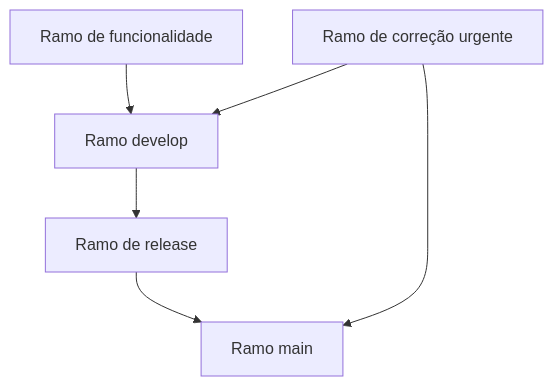
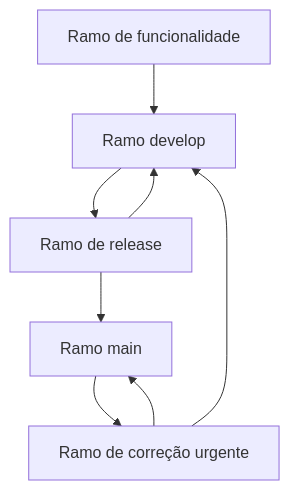
The second of 3 diagrams in cenarios/02-estrategia-branches/README.md (arkhibr/devops-fluxos-c3dm), drawn with Mermaid before and after one commit. The commit also changed other lines of this file and 2 other files, not shown here.

First line of the commit message:
docs(02): corrige o Release Flow e ajusta README, script e testes do ruleset (#2)

````diff
--- a/cenarios/02-estrategia-branches/README.md
+++ b/cenarios/02-estrategia-branches/README.md
@@ -19,8 +19,10 @@
 ```mermaid
 flowchart TB
     F["Ramo de funcionalidade"] --> D["Ramo develop"]
     D --> R["Ramo de release"]
     R --> M["Ramo main"]
-    H["Ramo de correção urgente"] --> M
+    R --> D
+    M --> H["Ramo de correção urgente"]
+    H --> M
     H --> D
 ```
````
